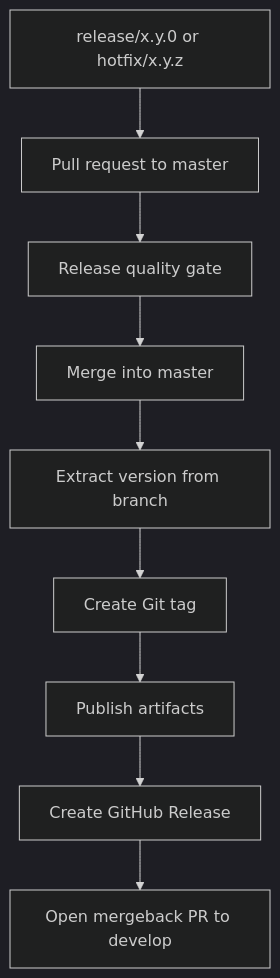
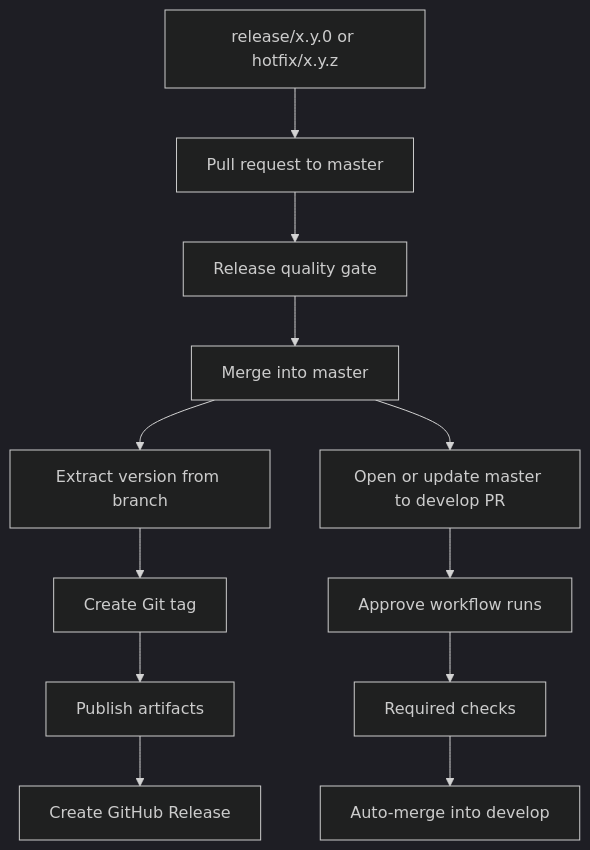
One commit to matheus-corregiari/arch-toolkit changed the diagram in docs/ecosystem/gitflow.md. Above: the diagram before and after it, drawn with Mermaid (dark theme). The commit also changed other lines of this file and 3 other files, not shown here.

Commit message:
ci: sync master back to develop

````diff
--- a/docs/ecosystem/gitflow.md
+++ b/docs/ecosystem/gitflow.md
@@ -139,11 +140,14 @@
 ```mermaid
 flowchart TD
     A["release/x.y.0 or hotfix/x.y.z"] --> B["Pull request to master"]
     B --> C["Release quality gate"]
     C --> D["Merge into master"]
     D --> E["Extract version from branch"]
     E --> F["Create Git tag"]
     F --> G["Publish artifacts"]
     G --> H["Create GitHub Release"]
-    H --> I["Open mergeback PR to develop"]
+    D --> I["Open or update master to develop PR"]
+    I --> J["Approve workflow runs"]
+    J --> K["Required checks"]
+    K --> L["Auto-merge into develop"]
 ```
````
